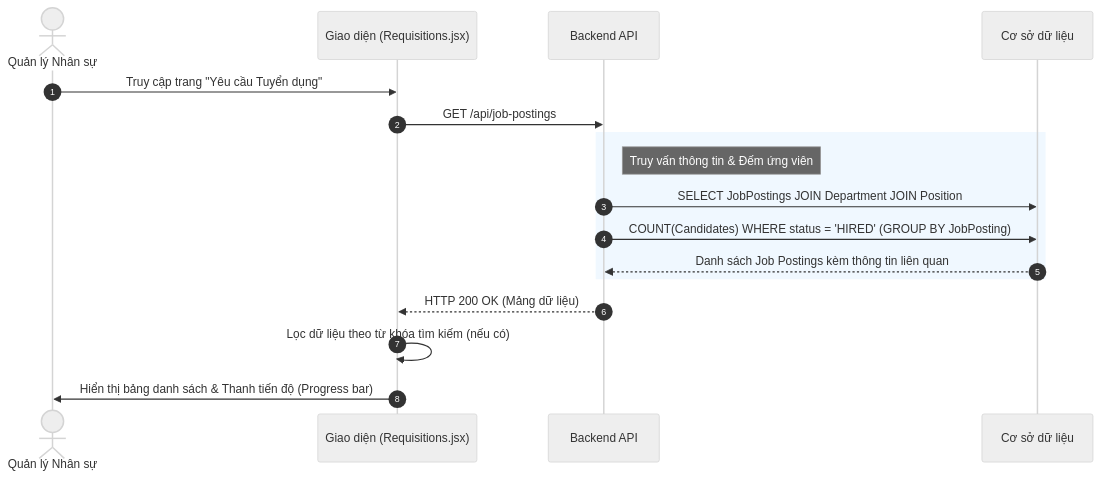
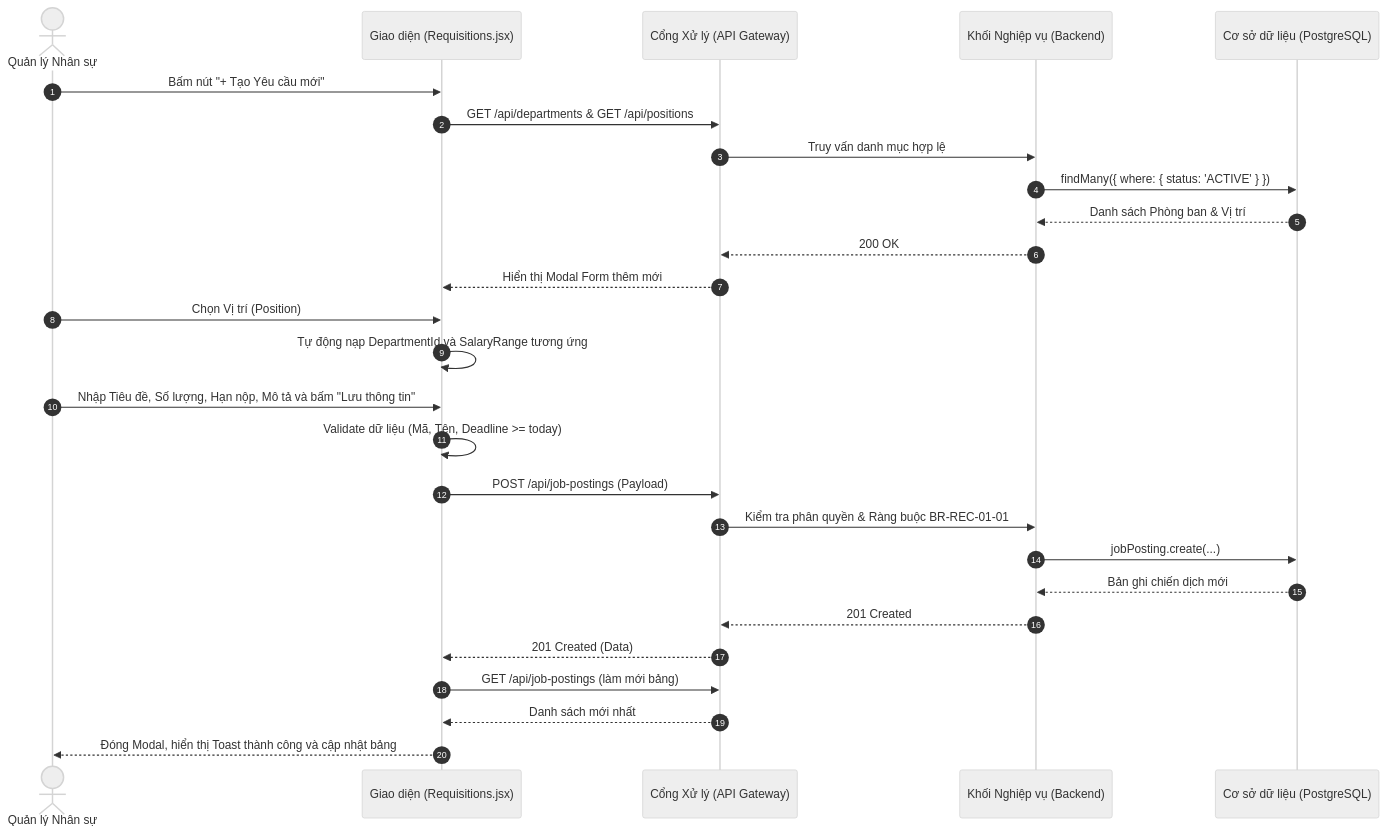
One commit to aye2710/HRM-DATN changed the sixth of 8 diagrams in docs/Tài liệu phân tích nghiệp vụ từng module/Module Tuyển dụng/Chuc-nang-Yeu-cau-Tuyen-dung.md. Above: the diagram before and after it, drawn with Mermaid (neutral theme). The commit also changed other lines of this file and 27 other files, not shown here.

````diff
--- a/docs/Tài liệu phân tích nghiệp vụ từng module/Module Tuyển dụng/Chuc-nang-Yeu-cau-Tuyen-dung.md
+++ b/docs/Tài liệu phân tích nghiệp vụ từng module/Module Tuyển dụng/Chuc-nang-Yeu-cau-Tuyen-dung.md
@@ -17,22 +244,32 @@
 ```mermaid
 sequenceDiagram
     autonumber
     actor HR as Quản lý Nhân sự
     participant FE as Giao diện (Requisitions.jsx)
-    participant BE as Backend API
-    participant DB as Cơ sở dữ liệu
+    participant API as Cổng Xử lý (API Gateway)
+    participant BE as Khối Nghiệp vụ (Backend)
+    participant DB as Cơ sở dữ liệu (PostgreSQL)
 
-    HR->>FE: Truy cập trang "Yêu cầu Tuyển dụng"
-    FE->>BE: GET /api/job-postings
+    HR->>FE: Bấm nút "+ Tạo Yêu cầu mới"
+    FE->>API: GET /api/departments & GET /api/positions
+    API->>BE: Truy vấn danh mục hợp lệ
+    BE->>DB: findMany({ where: { status: 'ACTIVE' } })
+    DB-->>BE: Danh sách Phòng ban & Vị trí
+    BE-->>API: 200 OK
+    API-->>FE: Hiển thị Modal Form thêm mới
     
-    rect rgb(240, 248, 255)
-        note right of BE: Truy vấn thông tin & Đếm ứng viên
-        BE->>DB: SELECT JobPostings JOIN Department JOIN Position
-        BE->>DB: COUNT(Candidates) WHERE status = 'HIRED' (GROUP BY JobPosting)
-        DB-->>BE: Danh sách Job Postings kèm thông tin liên quan
-    end
+    HR->>FE: Chọn Vị trí (Position)
+    FE->>FE: Tự động nạp DepartmentId và SalaryRange tương ứng
+    HR->>FE: Nhập Tiêu đề, Số lượng, Hạn nộp, Mô tả và bấm "Lưu thông tin"
+    FE->>FE: Validate dữ liệu (Mã, Tên, Deadline >= today)
     
-    BE-->>FE: HTTP 200 OK (Mảng dữ liệu)
-    FE->>FE: Lọc dữ liệu theo từ khóa tìm kiếm (nếu có)
-    FE->>HR: Hiển thị bảng danh sách & Thanh tiến độ (Progress bar)
+    FE->>API: POST /api/job-postings (Payload)
+    API->>BE: Kiểm tra phân quyền & Ràng buộc BR-REC-01-01
+    BE->>DB: jobPosting.create(...)
+    DB-->>BE: Bản ghi chiến dịch mới
+    BE-->>API: 201 Created
+    API-->>FE: 201 Created (Data)
+    FE->>API: GET /api/job-postings (làm mới bảng)
+    API-->>FE: Danh sách mới nhất
+    FE-->>HR: Đóng Modal, hiển thị Toast thành công và cập nhật bảng
 ```
````
